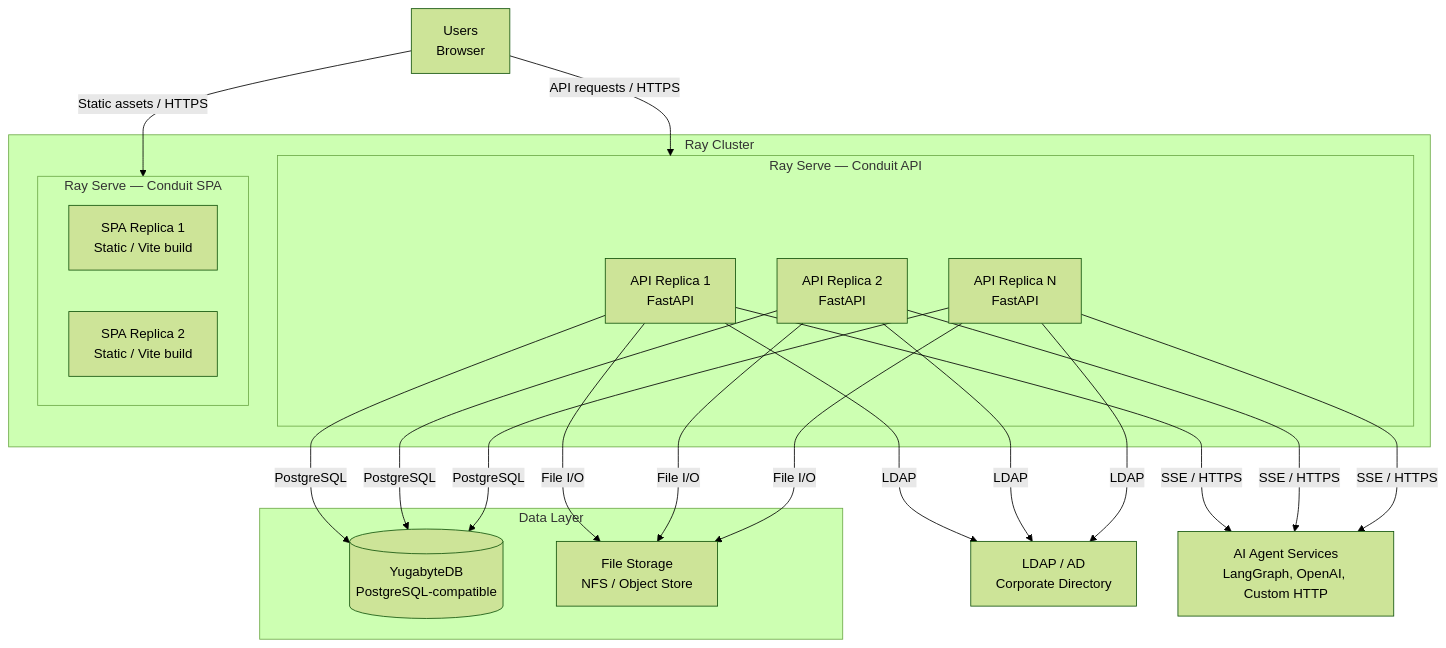
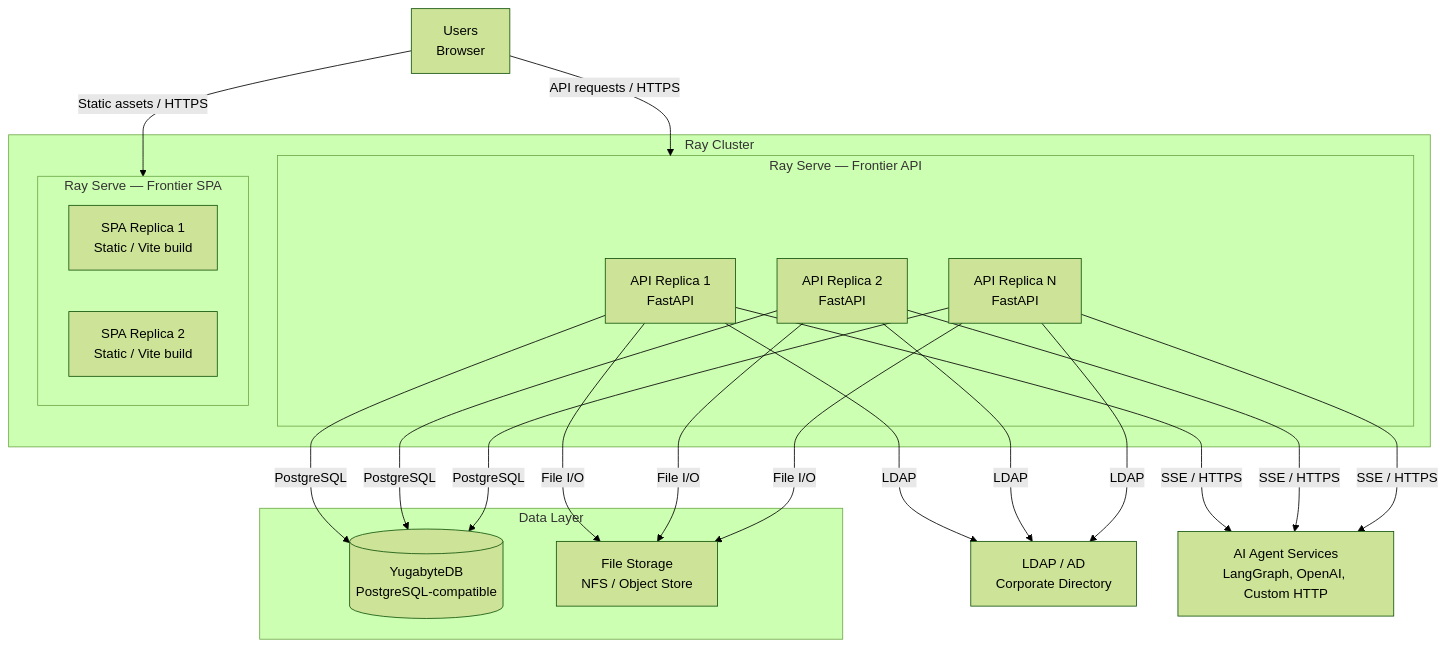
The diagram in docs/ard/05-deployment.mmd (sweiyang/frontier), drawn with Mermaid (forest theme) before and after one commit. The commit also changed 60 other files, not shown here.

```diff
--- a/docs/ard/05-deployment.mmd
+++ b/docs/ard/05-deployment.mmd
@@ -1,32 +1,32 @@
-%% Deployment Diagram - Conduit on Ray Serve
+%% Deployment Diagram - Frontier on Ray Serve
 flowchart TB
     users["Users<br/>Browser"]
 
     subgraph ray_cluster["Ray Cluster"]
-        subgraph serve_api["Ray Serve — Conduit API"]
+        subgraph serve_api["Ray Serve — Frontier API"]
             api_r1["API Replica 1<br/>FastAPI"]
             api_r2["API Replica 2<br/>FastAPI"]
             api_rn["API Replica N<br/>FastAPI"]
         end
 
-        subgraph serve_spa["Ray Serve — Conduit SPA"]
+        subgraph serve_spa["Ray Serve — Frontier SPA"]
             spa_r1["SPA Replica 1<br/>Static / Vite build"]
             spa_r2["SPA Replica 2<br/>Static / Vite build"]
         end
     end
 
     subgraph data["Data Layer"]
         db[("YugabyteDB<br/>PostgreSQL-compatible")]
         nfs["File Storage<br/>NFS / Object Store"]
     end
 
     ldap["LDAP / AD<br/>Corporate Directory"]
     agents["AI Agent Services<br/>LangGraph, OpenAI, Custom HTTP"]
 
     users -->|"Static assets / HTTPS"| serve_spa
     users -->|"API requests / HTTPS"| serve_api
 
     api_r1 & api_r2 & api_rn -->|PostgreSQL| db
     api_r1 & api_r2 & api_rn -->|File I/O| nfs
     api_r1 & api_r2 & api_rn -->|LDAP| ldap
     api_r1 & api_r2 & api_rn -->|"SSE / HTTPS"| agents
```
